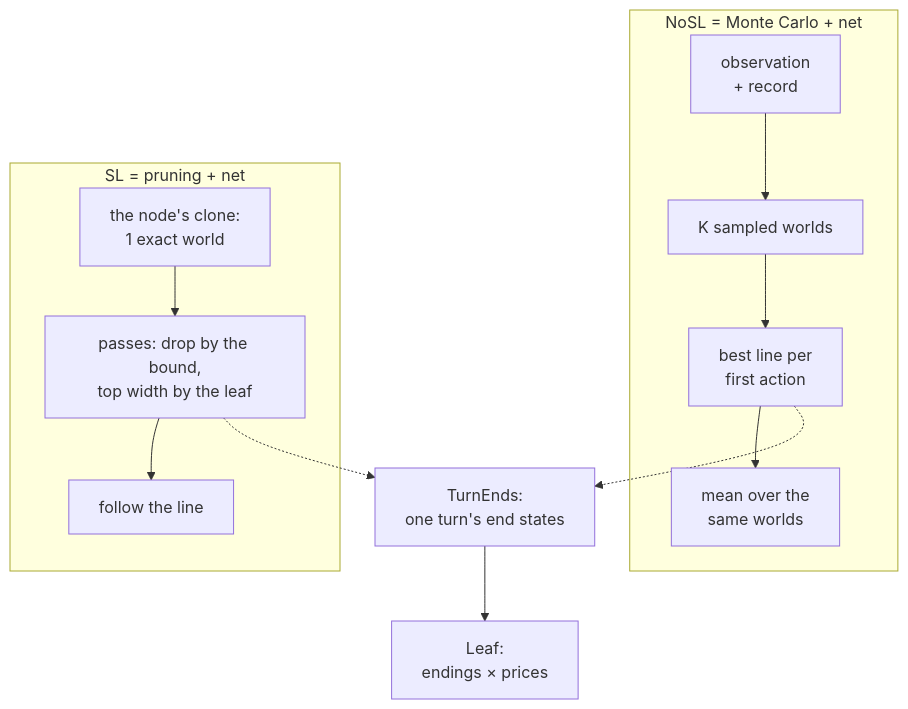
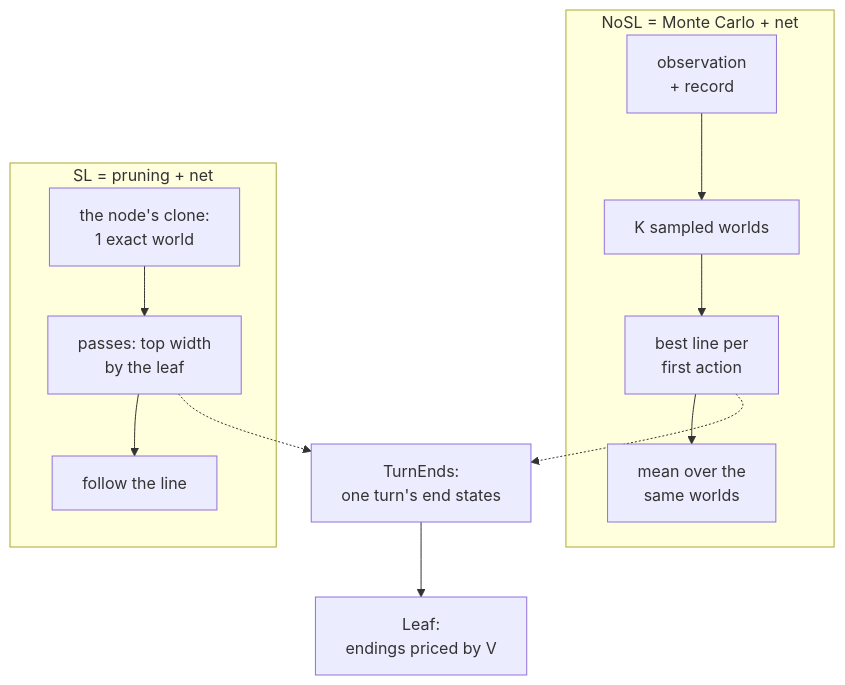
Before and after one commit to shinnku-nikaidou/spire-zero: the diagram in docs/src/content/docs/en/arch/combat-brain/index.mdx, drawn with Mermaid. The commit also changed other lines of this file and 128 other files, not shown here.

````diff
--- a/docs/src/content/docs/en/arch/combat-brain/index.mdx
+++ b/docs/src/content/docs/en/arch/combat-brain/index.mdx
@@ -92,15 +91,15 @@
 ```mermaid
 flowchart TB
   subgraph NoSL["NoSL = Monte Carlo + net"]
     R["observation<br/>+ record"] --> W["K sampled worlds"]
     W --> N["best line per<br/>first action"]
     N --> A["mean over the<br/>same worlds"]
   end
   subgraph SL["SL = pruning + net"]
-    C["the node's clone:<br/>1 exact world"] --> S["passes: drop by the bound,<br/>top width by the leaf"]
+    C["the node's clone:<br/>1 exact world"] --> S["passes: top width<br/>by the leaf"]
     S --> F["follow the line"]
   end
   N -.-> T["TurnEnds:<br/>one turn's end states"]
   S -.-> T
-  T --> L["Leaf:<br/>endings × prices"]
+  T --> L["Leaf:<br/>endings priced by V"]
 ```
````
